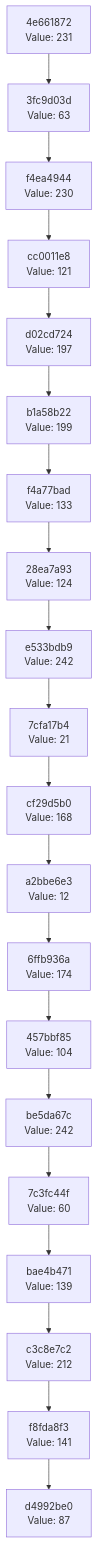
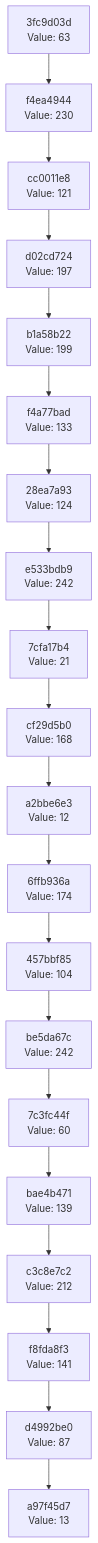
Before and after one commit to Abhisheksinha1506/hash-chain-evolver: the diagram in docs/CHAIN_VISUALIZATION.md, drawn with Mermaid. The commit also changed 2 other files, not shown here.

Commit message:
Evolution Step

````diff
--- a/docs/CHAIN_VISUALIZATION.md
+++ b/docs/CHAIN_VISUALIZATION.md
@@ -3,42 +3,42 @@
 ```mermaid
 graph TD
-    C0["d4992be0<br/>Value: 87"]
-    C1["f8fda8f3<br/>Value: 141"]
+    C0["a97f45d7<br/>Value: 13"]
+    C1["d4992be0<br/>Value: 87"]
     C1 --> C0
-    C2["c3c8e7c2<br/>Value: 212"]
+    C2["f8fda8f3<br/>Value: 141"]
     C2 --> C1
-    C3["bae4b471<br/>Value: 139"]
+    C3["c3c8e7c2<br/>Value: 212"]
     C3 --> C2
-    C4["7c3fc44f<br/>Value: 60"]
+    C4["bae4b471<br/>Value: 139"]
     C4 --> C3
-    C5["be5da67c<br/>Value: 242"]
+    C5["7c3fc44f<br/>Value: 60"]
     C5 --> C4
-    C6["457bbf85<br/>Value: 104"]
+    C6["be5da67c<br/>Value: 242"]
     C6 --> C5
-    C7["6ffb936a<br/>Value: 174"]
+    C7["457bbf85<br/>Value: 104"]
     C7 --> C6
-    C8["a2bbe6e3<br/>Value: 12"]
+    C8["6ffb936a<br/>Value: 174"]
     C8 --> C7
-    C9["cf29d5b0<br/>Value: 168"]
+    C9["a2bbe6e3<br/>Value: 12"]
     C9 --> C8
-    C10["7cfa17b4<br/>Value: 21"]
+    C10["cf29d5b0<br/>Value: 168"]
     C10 --> C9
-    C11["e533bdb9<br/>Value: 242"]
+    C11["7cfa17b4<br/>Value: 21"]
     C11 --> C10
-    C12["28ea7a93<br/>Value: 124"]
+    C12["e533bdb9<br/>Value: 242"]
     C12 --> C11
-    C13["f4a77bad<br/>Value: 133"]
+    C13["28ea7a93<br/>Value: 124"]
     C13 --> C12
-    C14["b1a58b22<br/>Value: 199"]
+    C14["f4a77bad<br/>Value: 133"]
     C14 --> C13
-    C15["d02cd724<br/>Value: 197"]
+    C15["b1a58b22<br/>Value: 199"]
     C15 --> C14
-    C16["cc0011e8<br/>Value: 121"]
+    C16["d02cd724<br/>Value: 197"]
     C16 --> C15
-    C17["f4ea4944<br/>Value: 230"]
+    C17["cc0011e8<br/>Value: 121"]
     C17 --> C16
-    C18["3fc9d03d<br/>Value: 63"]
+    C18["f4ea4944<br/>Value: 230"]
     C18 --> C17
-    C19["4e661872<br/>Value: 231"]
+    C19["3fc9d03d<br/>Value: 63"]
     C19 --> C18
 ```
````
